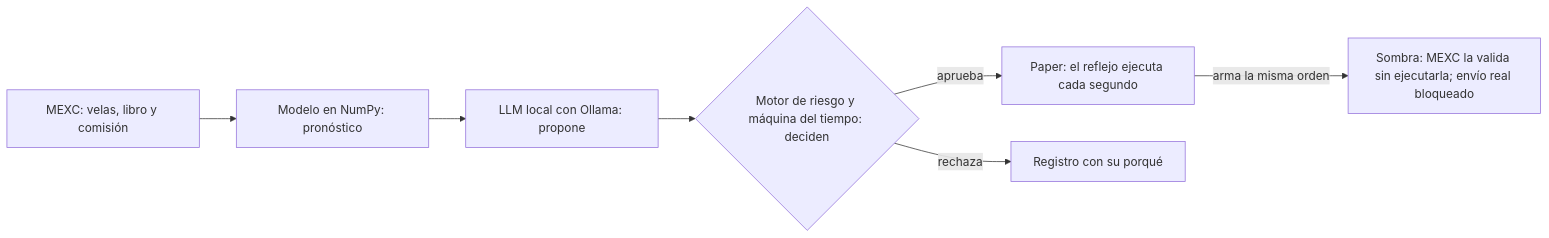
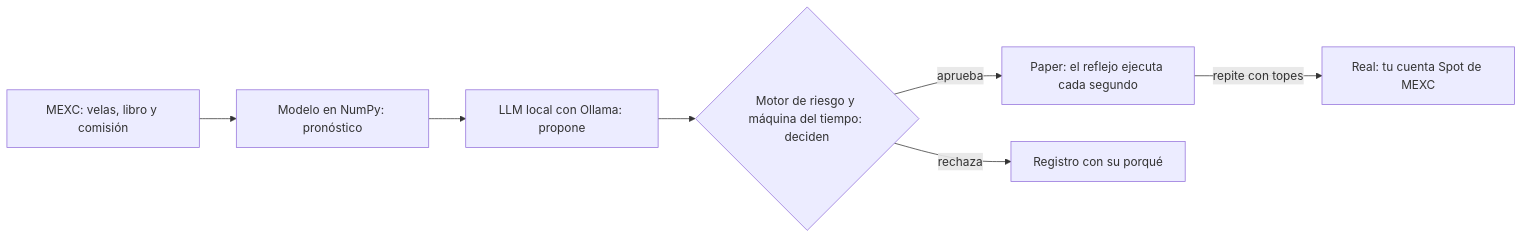
Before and after one commit to ianalexga15-hash/astrolabio: the diagram in README.md, drawn with Mermaid. The commit also changed other lines of this file and 7 other files, not shown here.

First line of the commit message:
La cartera Real vuelve a operar con dinero real

````diff
--- a/README.md
+++ b/README.md
@@ -20,9 +20,9 @@
 ```mermaid
 flowchart LR
     A["MEXC: velas, libro y comisión"] --> B["Modelo en NumPy: pronóstico"]
     B --> C["LLM local con Ollama: propone"]
     C --> D{"Motor de riesgo y máquina del tiempo: deciden"}
     D -- "aprueba" --> E["Paper: el reflejo ejecuta cada segundo"]
-    E -- "arma la misma orden" --> F["Sombra: MEXC la valida sin ejecutarla; envío real bloqueado"]
+    E -- "repite con topes" --> F["Real: tu cuenta Spot de MEXC"]
     D -- "rechaza" --> G["Registro con su porqué"]
 ```
````
